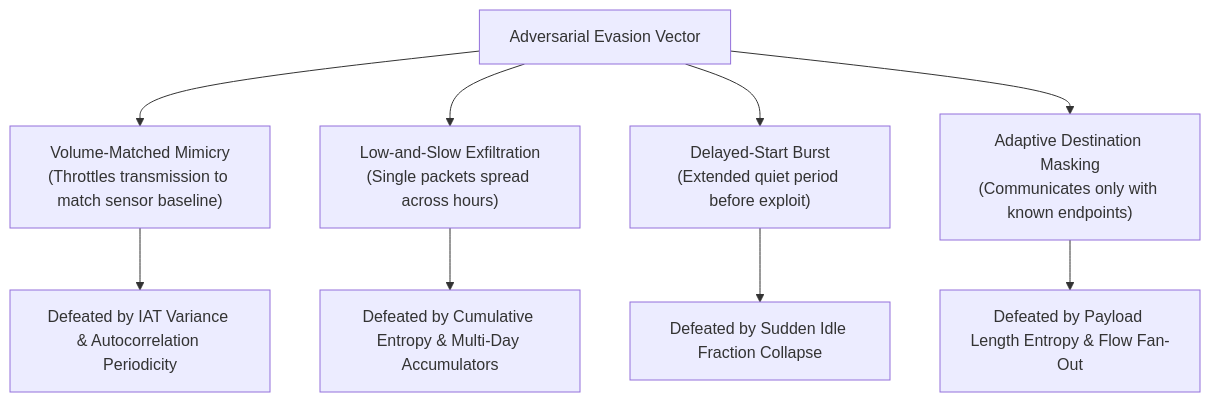
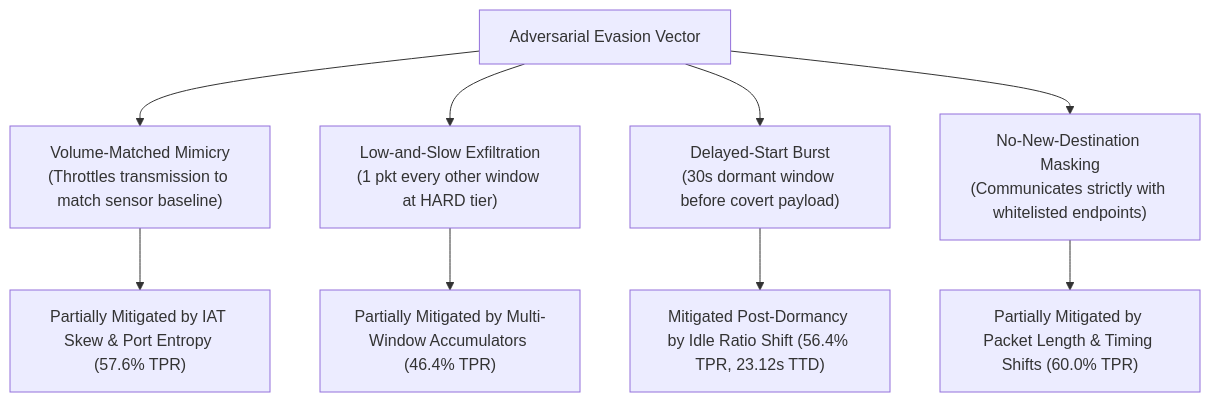
Before and after one commit to lumidren/Guardian: the fifth of 6 diagrams in README.md, drawn with Mermaid. The commit also changed other lines of this file, not shown here.

Commit message:
docs(readme): reconcile 60-feature registry, MQTT/clock-skew scope, and 5-seed headline results

````diff
--- a/README.md
+++ b/README.md
@@ -455,12 +503,12 @@
 ```mermaid
 graph TD
     ATTACK["Adversarial Evasion Vector"] --> E1["Volume-Matched Mimicry\n(Throttles transmission to match sensor baseline)"]
-    ATTACK --> E2["Low-and-Slow Exfiltration\n(Single packets spread across hours)"]
-    ATTACK --> E3["Delayed-Start Burst\n(Extended quiet period before exploit)"]
-    ATTACK --> E4["Adaptive Destination Masking\n(Communicates only with known endpoints)"]
+    ATTACK --> E2["Low-and-Slow Exfiltration\n(1 pkt every other window at HARD tier)"]
+    ATTACK --> E3["Delayed-Start Burst\n(30s dormant window before covert payload)"]
+    ATTACK --> E4["No-New-Destination Masking\n(Communicates strictly with whitelisted endpoints)"]
 
-    E1 --> D1["Defeated by IAT Variance & Autocorrelation Periodicity"]
-    E2 --> D2["Defeated by Cumulative Entropy & Multi-Day Accumulators"]
-    E3 --> D3["Defeated by Sudden Idle Fraction Collapse"]
-    E4 --> D4["Defeated by Payload Length Entropy & Flow Fan-Out"]
+    E1 --> D1["Partially Mitigated by IAT Skew & Port Entropy (57.6% TPR)"]
+    E2 --> D2["Partially Mitigated by Multi-Window Accumulators (46.4% TPR)"]
+    E3 --> D3["Mitigated Post-Dormancy by Idle Ratio Shift (56.4% TPR, 23.12s TTD)"]
+    E4 --> D4["Partially Mitigated by Packet Length & Timing Shifts (60.0% TPR)"]
 ```
````
